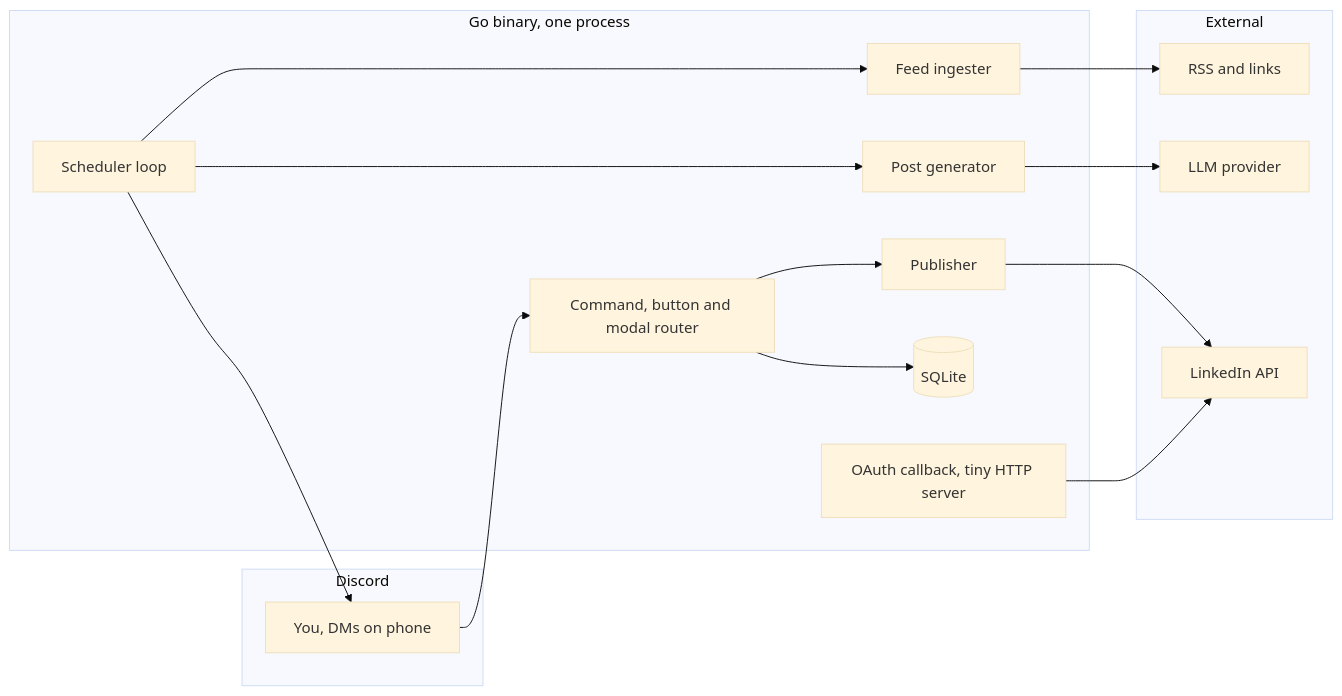
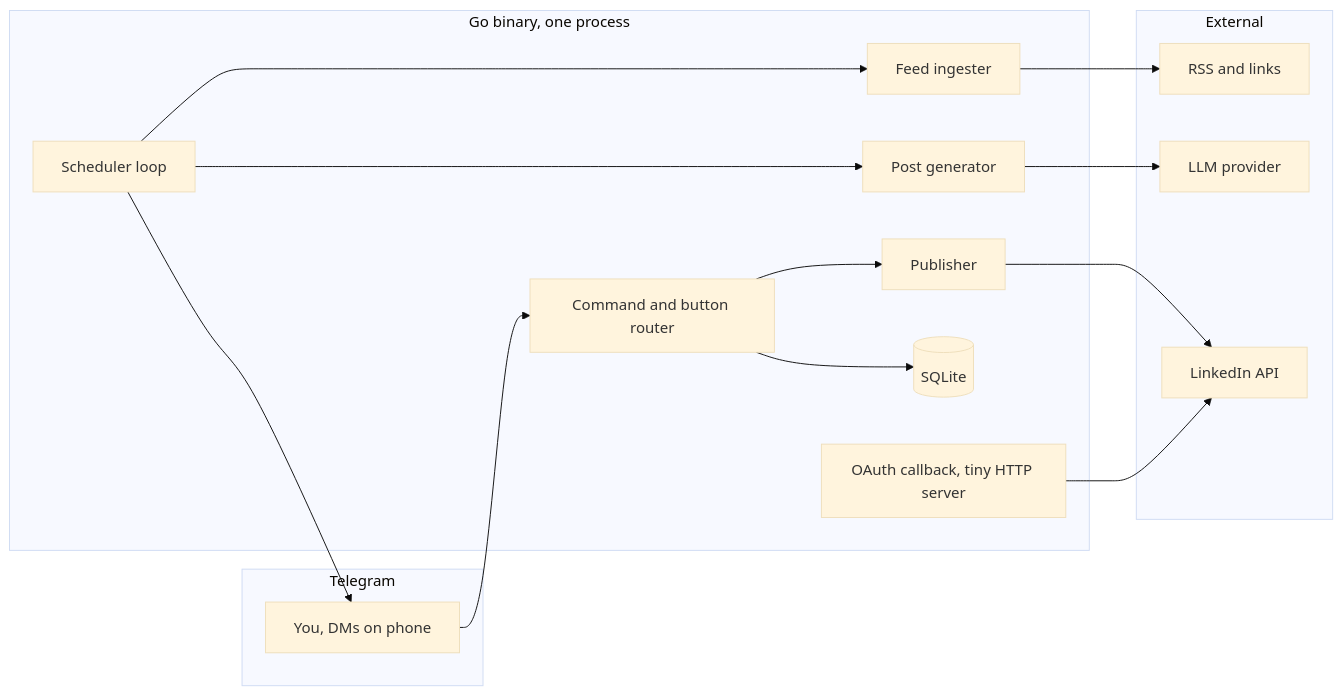
One commit to PraisejahOsumgbaBenson/pulse changed the diagram in README.md. Above: the diagram before and after it, drawn with Mermaid (base theme). The commit also changed other lines of this file and 27 other files, not shown here.

````diff
--- a/README.md
+++ b/README.md
@@ -9,27 +9,27 @@
 ```mermaid
 flowchart LR
-    subgraph Discord
+    subgraph Telegram
         DM[You, DMs on phone]
     end
     subgraph Bot[Go binary, one process]
-        Router[Command, button and modal router]
+        Router[Command and button router]
         Scheduler[Scheduler loop]
         Feeds[Feed ingester]
         Gen[Post generator]
         Pub[Publisher]
         Store[(SQLite)]
         OAuth[OAuth callback, tiny HTTP server]
     end
     subgraph External
         RSS[RSS and links]
         LLM[LLM provider]
         LIN[LinkedIn API]
     end
     DM --> Router
     Scheduler --> Feeds --> RSS
     Scheduler --> Gen --> LLM
     Scheduler --> DM
     Router --> Store
     Router --> Pub --> LIN
     OAuth --> LIN
 ```
````
